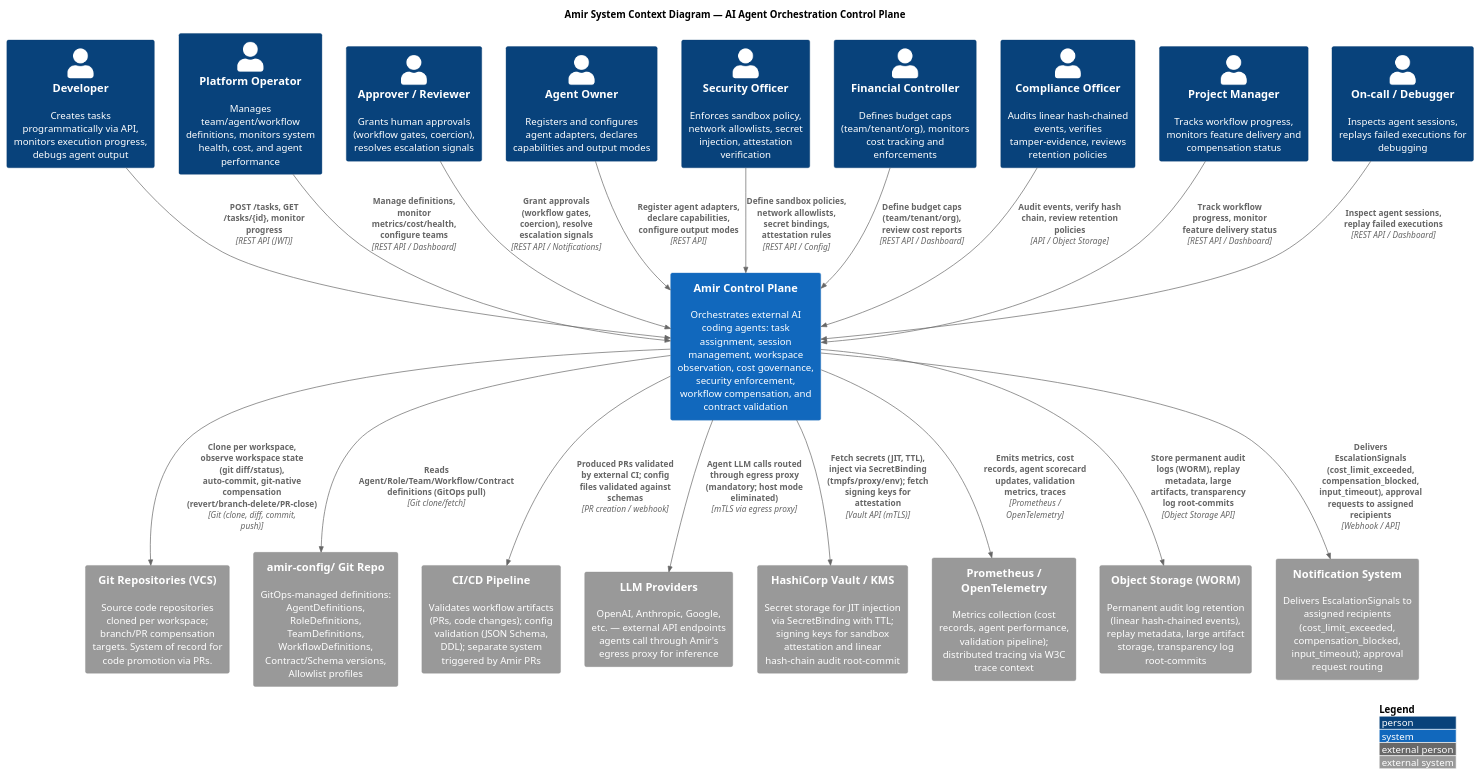
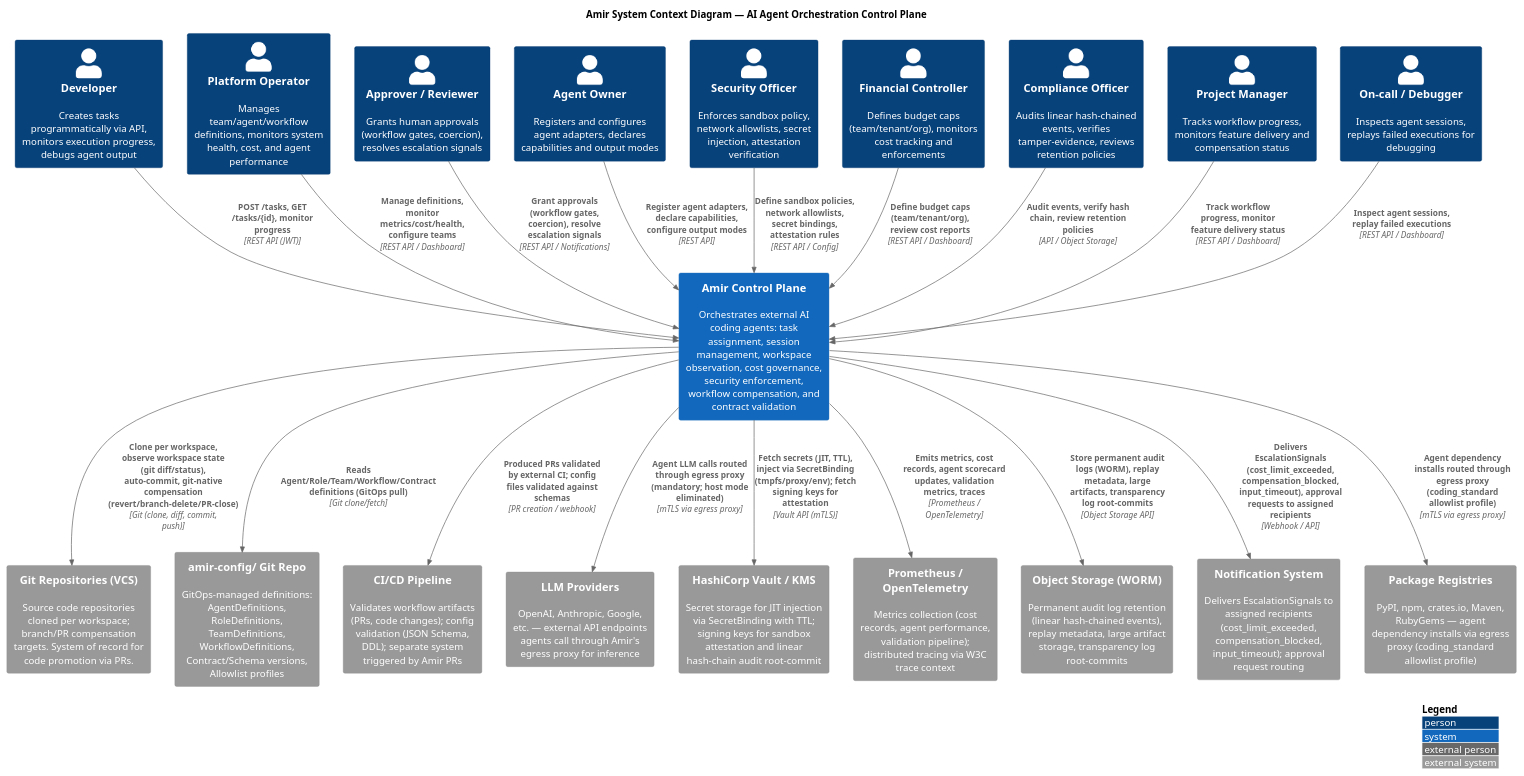
The diagram in docs/c4-model/context-diagram.puml (salimnamvar/amir), drawn with PlantUML before and after one commit.

Commit message:
fix(diagram): add Package Registries for agent dependency installs
Source: GLM, Grok, Minimax, Mistral, Qwen audits. Agents install
dependencies from PyPI, npm, crates.io, Maven, RubyGems via egress
proxy with coding_standard allowlist profile.

```diff
--- a/docs/c4-model/context-diagram.puml
+++ b/docs/c4-model/context-diagram.puml
@@ -1,69 +1,71 @@
 @startuml Amir-System-Context
 !include https://raw.githubusercontent.com/plantuml-stdlib/C4-PlantUML/master/C4_Context.puml
 
 LAYOUT_WITH_LEGEND()
 
 title Amir System Context Diagram — AI Agent Orchestration Control Plane
 
 ' ──────────────────────────────────────────────────────────────────
 ' ACTORS
 ' ──────────────────────────────────────────────────────────────────
 
 Person(developer, "Developer", "Creates tasks programmatically via API, monitors execution progress, debugs agent output")
 Person(platform_operator, "Platform Operator", "Manages team/agent/workflow definitions, monitors system health, cost, and agent performance")
 Person(approver, "Approver / Reviewer", "Grants human approvals (workflow gates, coercion), resolves escalation signals")
 Person(agent_owner, "Agent Owner", "Registers and configures agent adapters, declares capabilities and output modes")
 Person(security_officer, "Security Officer", "Enforces sandbox policy, network allowlists, secret injection, attestation verification")
 Person(financial_controller, "Financial Controller", "Defines budget caps (team/tenant/org), monitors cost tracking and enforcements")
 Person(compliance_officer, "Compliance Officer", "Audits linear hash-chained events, verifies tamper-evidence, reviews retention policies")
 Person(project_manager, "Project Manager", "Tracks workflow progress, monitors feature delivery and compensation status")
 Person(debugger, "On-call / Debugger", "Inspects agent sessions, replays failed executions for debugging")
 
 ' ──────────────────────────────────────────────────────────────────
 ' AMIR SYSTEM
 ' ──────────────────────────────────────────────────────────────────
 
 System(amir, "Amir Control Plane", "Orchestrates external AI coding agents: task assignment, session management, workspace observation, cost governance, security enforcement, workflow compensation, and contract validation")
 
 ' ──────────────────────────────────────────────────────────────────
 ' EXTERNAL SYSTEMS
 ' ──────────────────────────────────────────────────────────────────
 
 System_Ext(git_repos, "Git Repositories (VCS)", "Source code repositories cloned per workspace; branch/PR compensation targets. System of record for code promotion via PRs.")
 System_Ext(git_config, "amir-config/ Git Repo", "GitOps-managed definitions: AgentDefinitions, RoleDefinitions, TeamDefinitions, WorkflowDefinitions, Contract/Schema versions, Allowlist profiles")
 System_Ext(ci_cd, "CI/CD Pipeline", "Validates workflow artifacts (PRs, code changes); config validation (JSON Schema, DDL); separate system triggered by Amir PRs")
 System_Ext(llm_providers, "LLM Providers", "OpenAI, Anthropic, Google, etc. — external API endpoints agents call through Amir's egress proxy for inference")
 System_Ext(vault, "HashiCorp Vault / KMS", "Secret storage for JIT injection via SecretBinding with TTL; signing keys for sandbox attestation and linear hash-chain audit root-commit")
 System_Ext(prometheus, "Prometheus / OpenTelemetry", "Metrics collection (cost records, agent performance, validation pipeline); distributed tracing via W3C trace context")
 System_Ext(object_storage, "Object Storage (WORM)", "Permanent audit log retention (linear hash-chained events), replay metadata, large artifact storage, transparency log root-commits")
 System_Ext(notification_system, "Notification System", "Delivers EscalationSignals to assigned recipients (cost_limit_exceeded, compensation_blocked, input_timeout); approval request routing")
+System_Ext(pkg_registries, "Package Registries", "PyPI, npm, crates.io, Maven, RubyGems — agent dependency installs via egress proxy (coding_standard allowlist profile)")
 
 ' ──────────────────────────────────────────────────────────────────
 ' RELATIONSHIPS — ACTORS → AMIR
 ' ──────────────────────────────────────────────────────────────────
 
 Rel(developer, amir, "POST /tasks, GET /tasks/{id}, monitor progress", "REST API (JWT)")
 Rel(platform_operator, amir, "Manage definitions, monitor metrics/cost/health, configure teams", "REST API / Dashboard")
 Rel(approver, amir, "Grant approvals (workflow gates, coercion), resolve escalation signals", "REST API / Notifications")
 Rel(agent_owner, amir, "Register agent adapters, declare capabilities, configure output modes", "REST API")
 Rel(security_officer, amir, "Define sandbox policies, network allowlists, secret bindings, attestation rules", "REST API / Config")
 Rel(financial_controller, amir, "Define budget caps (team/tenant/org), review cost reports", "REST API / Dashboard")
 Rel(compliance_officer, amir, "Audit events, verify hash chain, review retention policies", "API / Object Storage")
 Rel(project_manager, amir, "Track workflow progress, monitor feature delivery status", "REST API / Dashboard")
 Rel(debugger, amir, "Inspect agent sessions, replay failed executions", "REST API / Dashboard")
 
 ' ──────────────────────────────────────────────────────────────────
 ' RELATIONSHIPS — AMIR → EXTERNAL SYSTEMS
 ' ──────────────────────────────────────────────────────────────────
 
 Rel(amir, git_config, "Reads Agent/Role/Team/Workflow/Contract definitions (GitOps pull)", "Git clone/fetch")
 Rel(amir, git_repos, "Clone per workspace, observe workspace state (git diff/status), auto-commit, git-native compensation (revert/branch-delete/PR-close)", "Git (clone, diff, commit, push)")
 Rel(amir, ci_cd, "Produced PRs validated by external CI; config files validated against schemas", "PR creation / webhook")
 
 Rel(amir, llm_providers, "Agent LLM calls routed through egress proxy (mandatory; host mode eliminated)", "mTLS via egress proxy")
 Rel(amir, vault, "Fetch secrets (JIT, TTL), inject via SecretBinding (tmpfs/proxy/env); fetch signing keys for attestation", "Vault API (mTLS)")
 Rel(amir, prometheus, "Emits metrics, cost records, agent scorecard updates, validation metrics, traces", "Prometheus / OpenTelemetry")
 Rel(amir, object_storage, "Store permanent audit logs (WORM), replay metadata, large artifacts, transparency log root-commits", "Object Storage API")
 Rel(amir, notification_system, "Delivers EscalationSignals (cost_limit_exceeded, compensation_blocked, input_timeout), approval requests to assigned recipients", "Webhook / API")
+Rel(amir, pkg_registries, "Agent dependency installs routed through egress proxy (coding_standard allowlist profile)", "mTLS via egress proxy")
 
 @enduml
```
